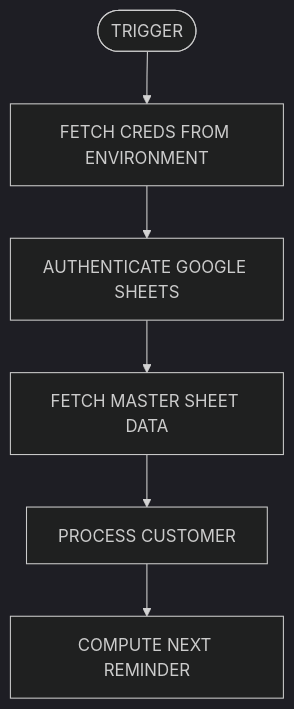
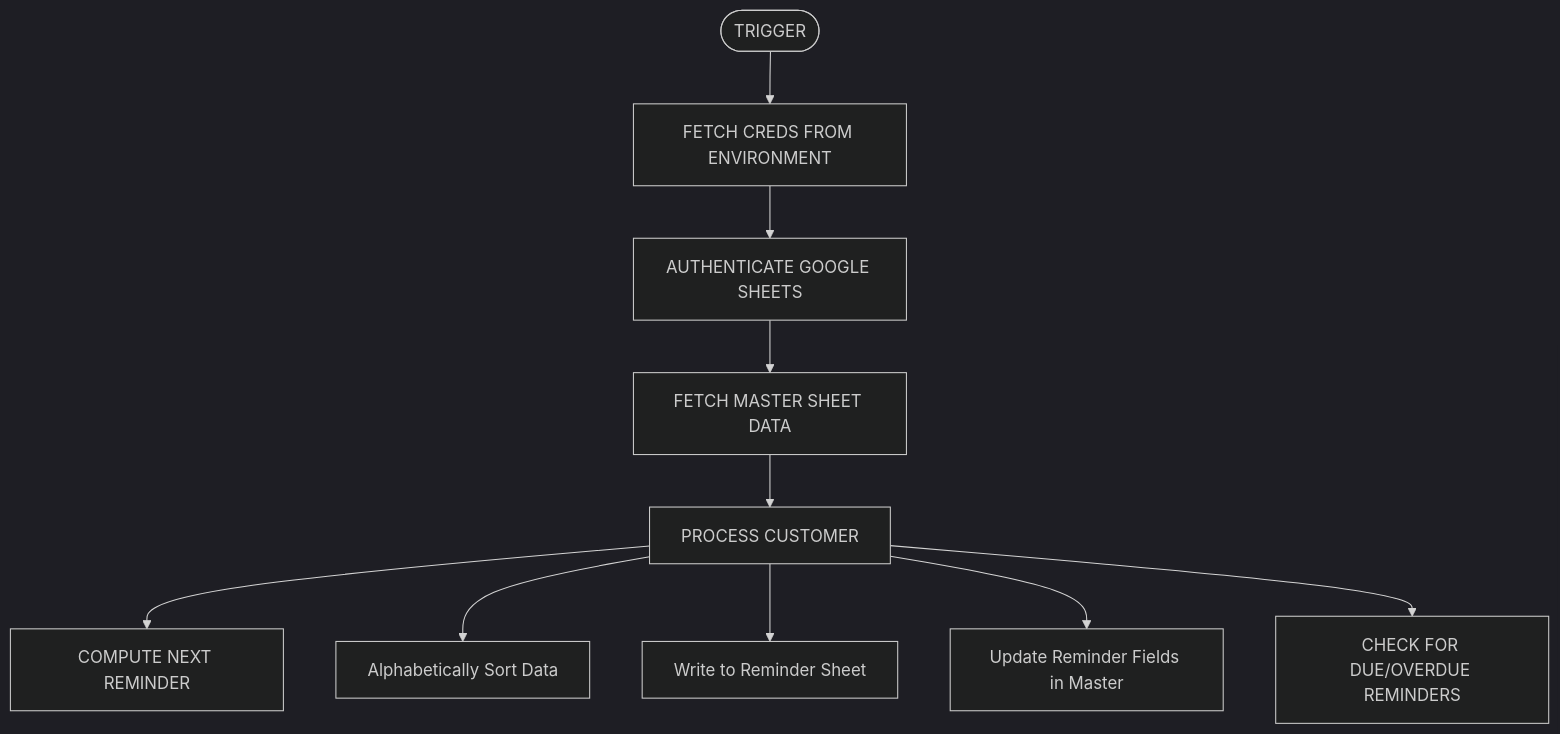
The diagram in Readme.md (Hnn3y/RGAC_Reminder), drawn with Mermaid (dark theme) before and after one commit.

````diff
--- a/Readme.md
+++ b/Readme.md
@@ -3,9 +3,13 @@
 ```mermaid
 flowchart TD
    A([TRIGGER]) --> B[FETCH CREDS FROM ENVIRONMENT]
    B --> C[AUTHENTICATE GOOGLE SHEETS]
    C --> D[FETCH MASTER SHEET DATA]
    D --> E[PROCESS CUSTOMER]
    E --> F[COMPUTE NEXT REMINDER]
+   E --> G[Alphabetically Sort Data]
+   E --> H[Write to Reminder Sheet]
+   E --> I[Update Reminder Fields in Master]
+   E --> J[CHECK FOR DUE/OVERDUE REMINDERS]
 
 ```
````
